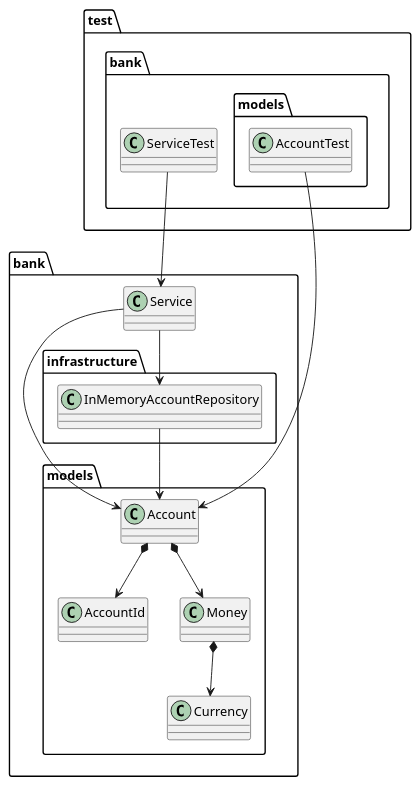
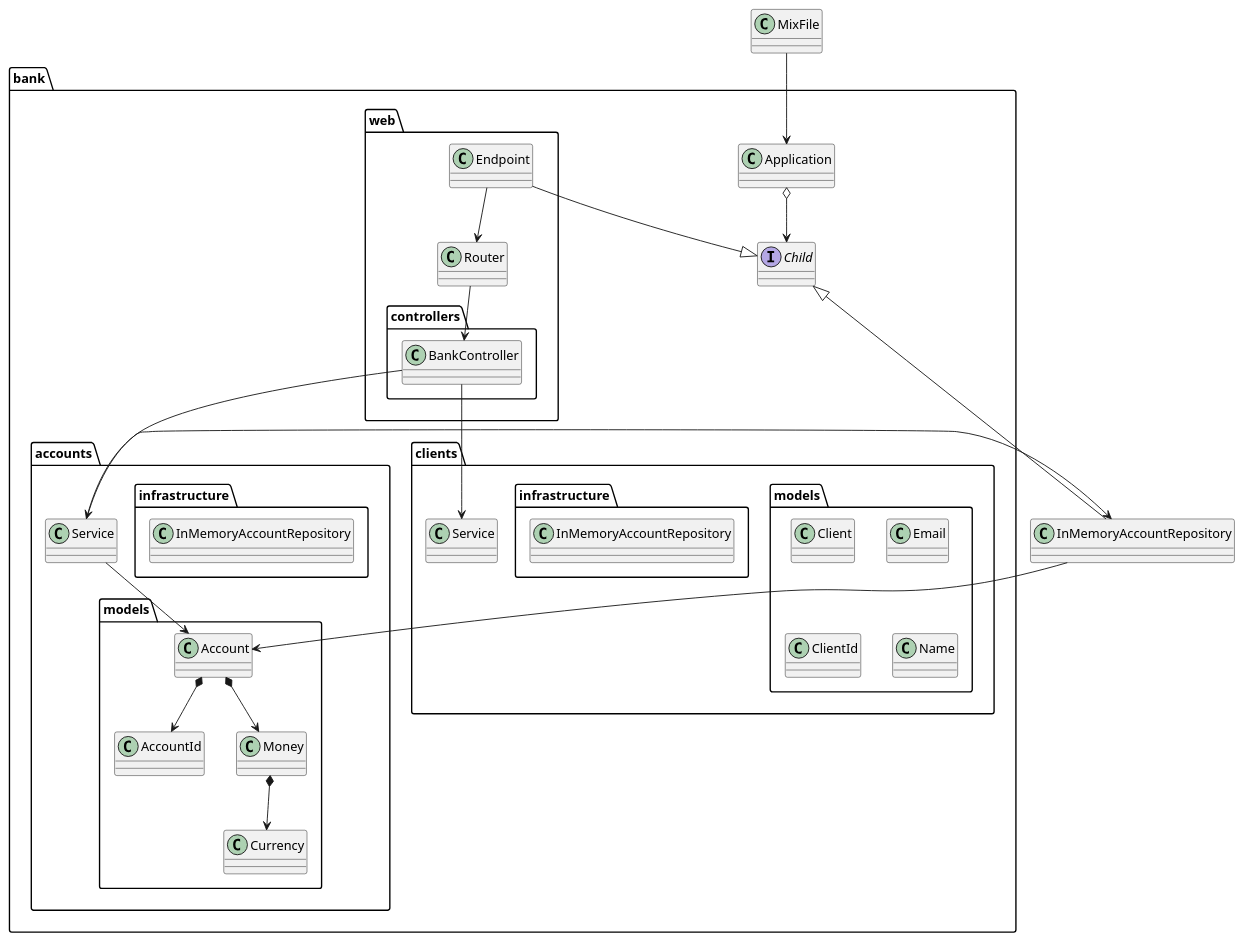
The diagram in docs/src/architecture.puml (fraylopez/bank-elixir), drawn with PlantUML before and after one commit. The commit also changed 3 other files, not shown here.

Commit message:
docs: update architecture diagram

```diff
--- a/docs/src/architecture.puml
+++ b/docs/src/architecture.puml
@@ -1,39 +1,68 @@
 @startuml Architecture
 
+class MixFile
+
 package bank {
-  class Service
+  class Application
+  interface Child
 
-  package models {
-    class Account
-    class AccountId
-    class Money
-    class Currency
+  package bank.accounts {
+    class AccountsService as "Service"
+
+    package bank.accounts.models as "models" {
+      class Account
+      class AccountId
+      class Money
+      class Currency
+    }
+
+    package infrastructure {
+      class InMemoryAccountRepository
+    }
   }
+  package bank.clients {
+    class ClientsService as "Service"
 
-  package infrastructure {
-    class InMemoryAccountRepository
+    package bank.clients.models as "models" {
+      class Client
+      class Email
+      class ClientId
+      class Name
+    }
+
+    package infrastructure {
+      class InMemoryAccountRepository
+    }
   }
 }
 
-package test {
-  package test.bank {
-    class ServiceTest
-
-    package test.bank.models {
-      class AccountTest
+package bank.web {
+  class Endpoint
+  class Router
+  package bank.web.controllers as "controllers" {
+    class BankController
   }
 }
 
-ServiceTest --> Service
-AccountTest --> Account
+MixFile --> Application
+Application o--> Child
+bank.web.Endpoint --|> Child
+InMemoryAccountRepository --|> Child
 
 
-Service --> InMemoryAccountRepository
+Endpoint --> Router
+Router --> BankController
+BankController --> AccountsService
+BankController --> ClientsService
+
+
+AccountsService --> InMemoryAccountRepository
 InMemoryAccountRepository --> Account
-Service --> Account
+AccountsService --> Account
 Account *--> AccountId
 Account *--> Money
 Money *--> Currency
 
 
+
 @enduml
```
